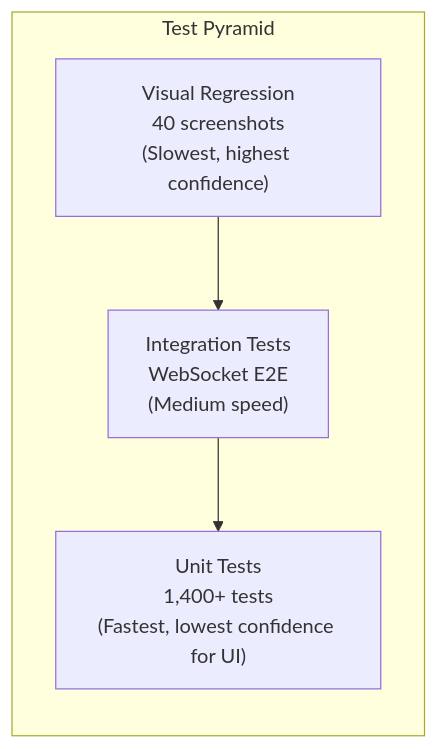
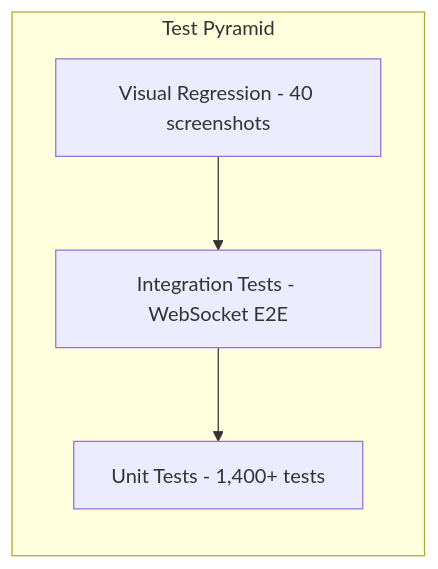
Before and after one commit to mtomcal/stick-rumble: the first of 8 diagrams in docs/TESTING-STRATEGY.md, drawn with Mermaid. The commit also changed other lines of this file and 2 other files, not shown here.

First line of the commit message:
docs: Fix Mermaid diagrams for GitHub rendering

````diff
--- a/docs/TESTING-STRATEGY.md
+++ b/docs/TESTING-STRATEGY.md
@@ -16,11 +16,11 @@
 ```mermaid
 flowchart TB
     subgraph Pyramid["Test Pyramid"]
         direction TB
-        Visual["Visual Regression\n40 screenshots\n(Slowest, highest confidence)"]
-        Integration["Integration Tests\nWebSocket E2E\n(Medium speed)"]
-        Unit["Unit Tests\n1,400+ tests\n(Fastest, lowest confidence for UI)"]
+        Visual["Visual Regression - 40 screenshots"]
+        Integration["Integration Tests - WebSocket E2E"]
+        Unit["Unit Tests - 1,400+ tests"]
     end
 
     Visual --> Integration --> Unit
 ```
````
